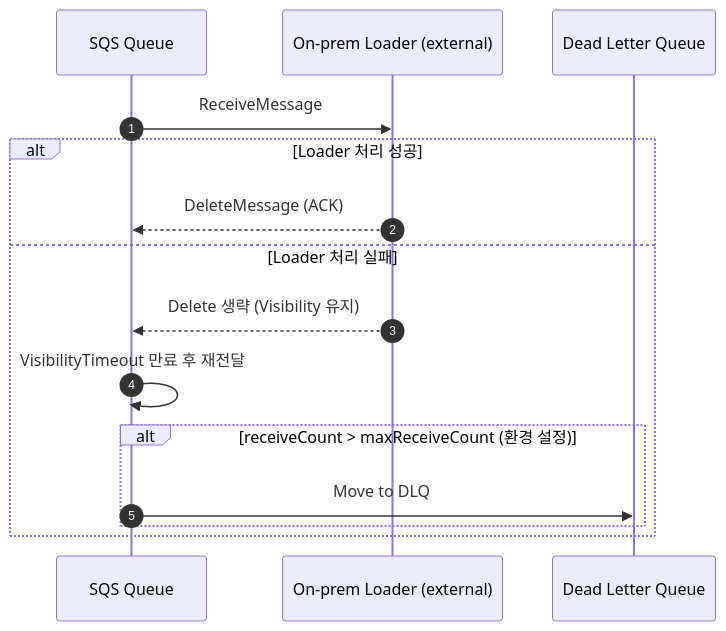
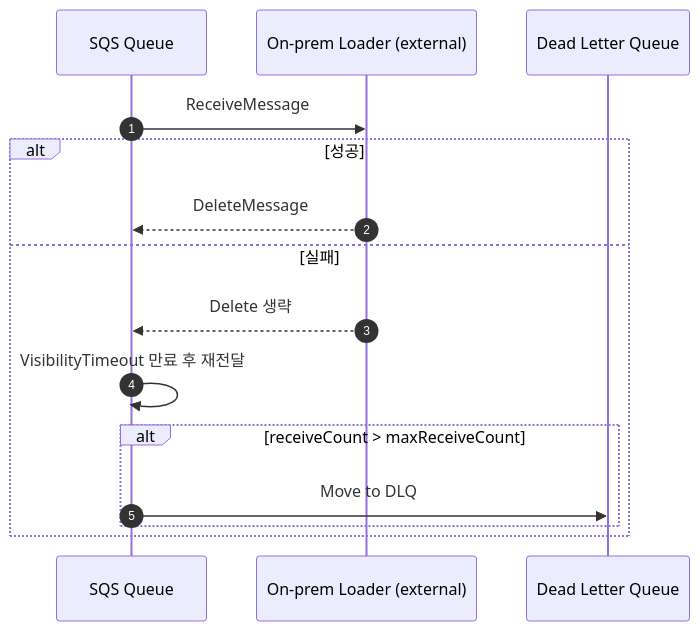
Before and after one commit to keemgdeok/fin-forge-pipeline: the diagram in docs/diagrams/load/04-retry-and-dlq.md, drawn with Mermaid. The commit also changed other lines of this file and 16 other files, not shown here.

Commit message:
feat: update transform docs/diagram

````diff
--- a/docs/diagrams/load/04-retry-and-dlq.md
+++ b/docs/diagrams/load/04-retry-and-dlq.md
@@ -3,18 +3,18 @@
 ```mermaid
 sequenceDiagram
   autonumber
   participant SQS as SQS Queue
   participant AGT as On‑prem Loader (external)
   participant DLQ as Dead Letter Queue
 
   SQS->>AGT: ReceiveMessage
-  alt Loader 처리 성공
-    AGT-->>SQS: DeleteMessage (ACK)
-  else Loader 처리 실패
-    AGT-->>SQS: Delete 생략 (Visibility 유지)
+  alt 성공
+    AGT-->>SQS: DeleteMessage
+  else 실패
+    AGT-->>SQS: Delete 생략
     SQS->>SQS: VisibilityTimeout 만료 후 재전달
-    alt receiveCount > maxReceiveCount (환경 설정)
+    alt receiveCount > maxReceiveCount
       SQS->>DLQ: Move to DLQ
     end
   end
 ```
````
